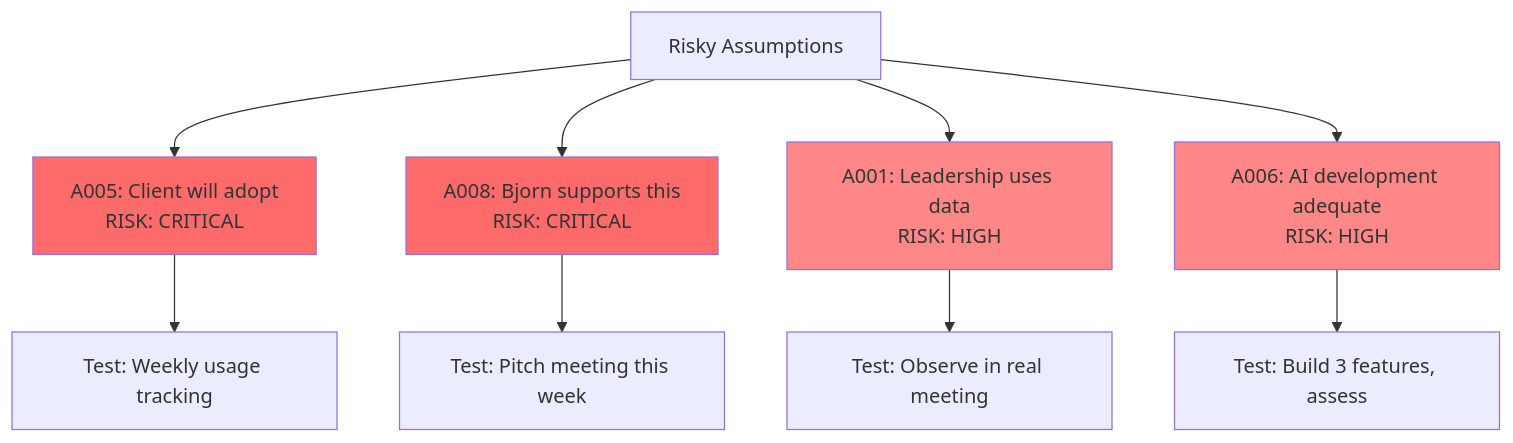
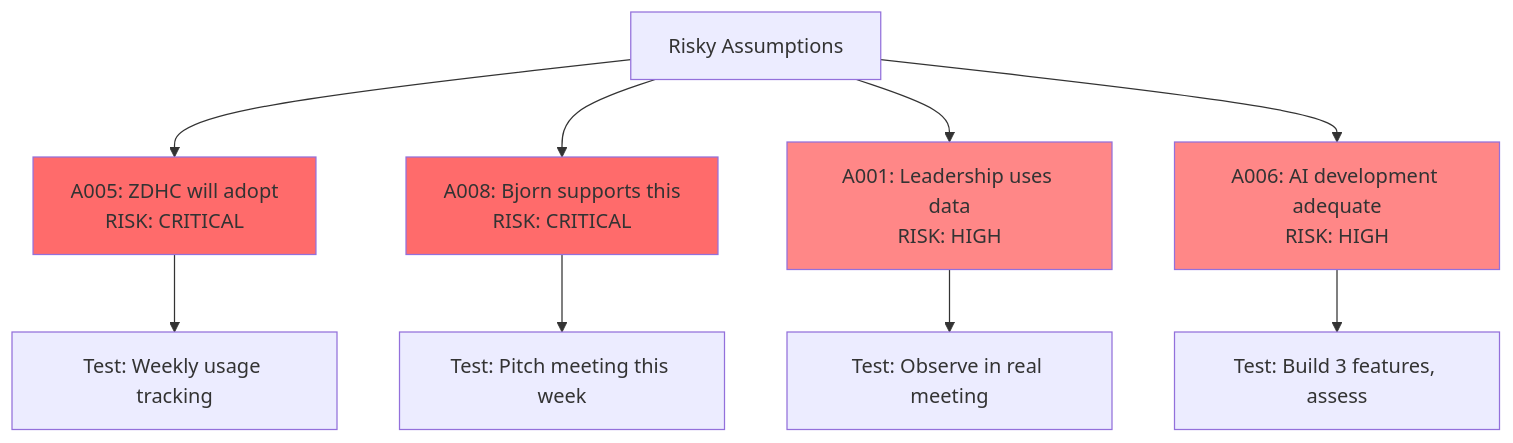
The fifth of 6 diagrams in dev-docs/draft_claude/05-assumption-learning-log.md (synergyai-os/Synergy-Open-Source), drawn with Mermaid before and after one commit. The commit also changed other lines of this file and 12 other files, not shown here.

````diff
--- a/dev-docs/draft_claude/05-assumption-learning-log.md
+++ b/dev-docs/draft_claude/05-assumption-learning-log.md
@@ -243,17 +243,17 @@
 ```mermaid
 graph TD
-    A[Risky Assumptions] --> A1["A005: Client will adopt<br/>RISK: CRITICAL"]
+    A[Risky Assumptions] --> A1["A005: ZDHC will adopt<br/>RISK: CRITICAL"]
     A --> A2["A008: Bjorn supports this<br/>RISK: CRITICAL"]
     A --> A3["A001: Leadership uses data<br/>RISK: HIGH"]
     A --> A4["A006: AI development adequate<br/>RISK: HIGH"]
     
     A1 --> T1[Test: Weekly usage tracking]
     A2 --> T2[Test: Pitch meeting this week]
     A3 --> T3[Test: Observe in real meeting]
     A4 --> T4[Test: Build 3 features, assess]
     
     style A1 fill:#ff6b6b
     style A2 fill:#ff6b6b
     style A3 fill:#ff8787
     style A4 fill:#ff8787
 ```
````
